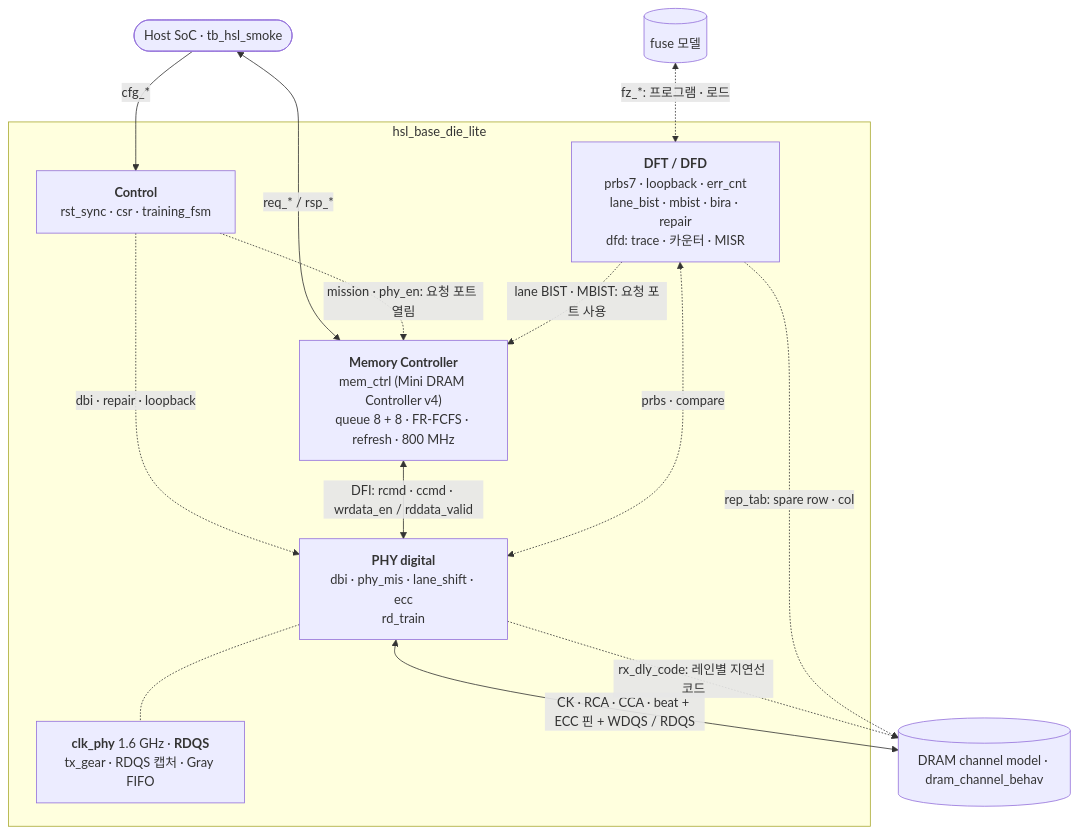
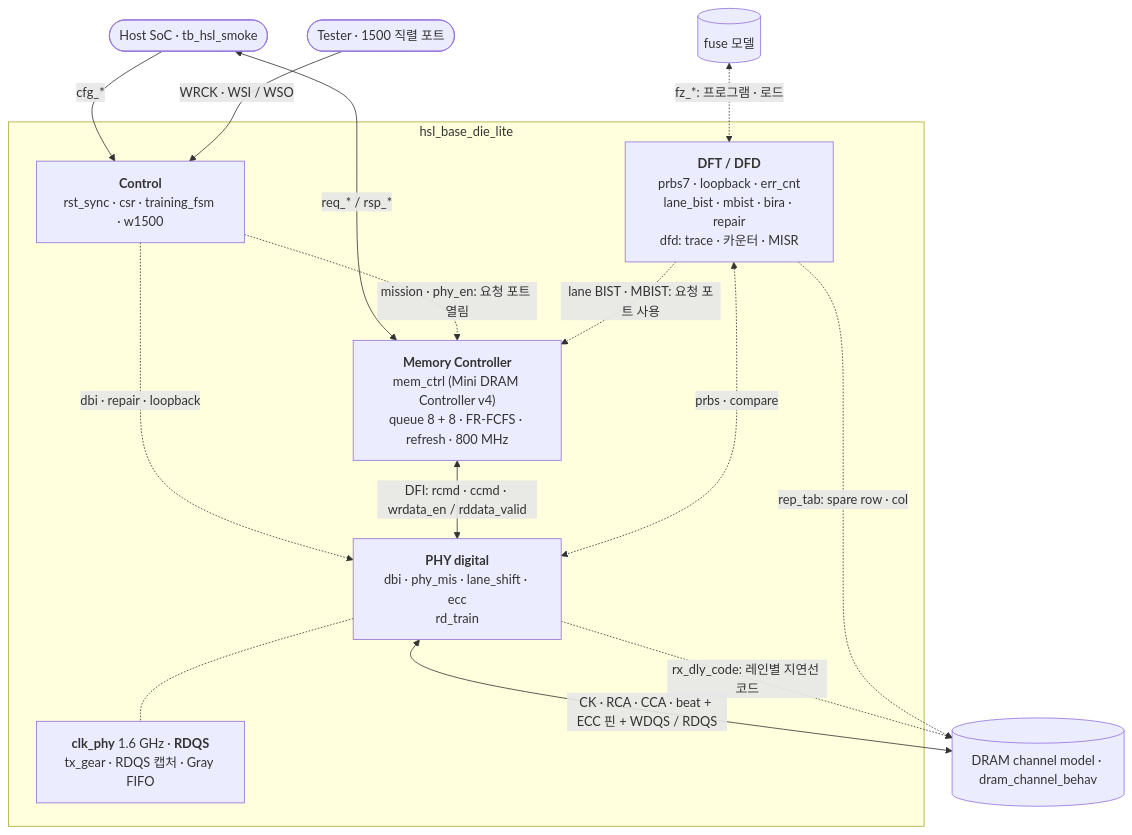
One commit to yhkwon-git/High_Speed_Link_Lite changed the diagram in README.md. Above: the diagram before and after it, drawn with Mermaid. The commit also changed other lines of this file and 4 other files, not shown here.

````diff
--- a/README.md
+++ b/README.md
@@ -56,24 +56,26 @@
 ```mermaid
 flowchart TB
   HOST(["Host SoC · tb_hsl_smoke"])
+  ATE(["Tester · 1500 직렬 포트"])
   subgraph TOP["hsl_base_die_lite"]
-    CTRL["<b>Control</b><br/>rst_sync · csr · training_fsm"]
+    CTRL["<b>Control</b><br/>rst_sync · csr · training_fsm · w1500"]
     MC["<b>Memory Controller</b><br/>mem_ctrl (Mini DRAM Controller v4)<br/>queue 8 + 8 · FR-FCFS · refresh · 800 MHz"]
     PHY["<b>PHY digital</b><br/>dbi · phy_mis · lane_shift · ecc<br/>rd_train"]
     DFT["<b>DFT / DFD</b><br/>prbs7 · loopback · err_cnt<br/>lane_bist · mbist · bira · repair<br/>dfd: trace · 카운터 · MISR"]
     CDC["<b>clk_phy</b> 1.6 GHz · <b>RDQS</b><br/>tx_gear · RDQS 캡처 · Gray FIFO"]
   end
   DRAM[("DRAM channel model · dram_channel_behav")]
   HOST -->|"cfg_*"| CTRL
+  ATE -->|"WRCK · WSI / WSO"| CTRL
   HOST <-->|"req_* / rsp_*"| MC
   CTRL -.->|"mission · phy_en: 요청 포트 열림"| MC
   CTRL -.->|"dbi · repair · loopback"| PHY
   MC <-->|"DFI: rcmd · ccmd · wrdata_en / rddata_valid"| PHY
   DFT <-.->|"prbs · compare"| PHY
   DFT -.->|"lane BIST · MBIST: 요청 포트 사용"| MC
   PHY -.- CDC
   PHY <-->|"CK · RCA · CCA · beat + ECC 핀 + WDQS / RDQS"| DRAM
   PHY -.->|"rx_dly_code: 레인별 지연선 코드"| DRAM
   DFT -.->|"rep_tab: spare row · col"| DRAM
   FUSE[("fuse 모델")] <-.->|"fz_*: 프로그램 · 로드"| DFT
 ```
````
